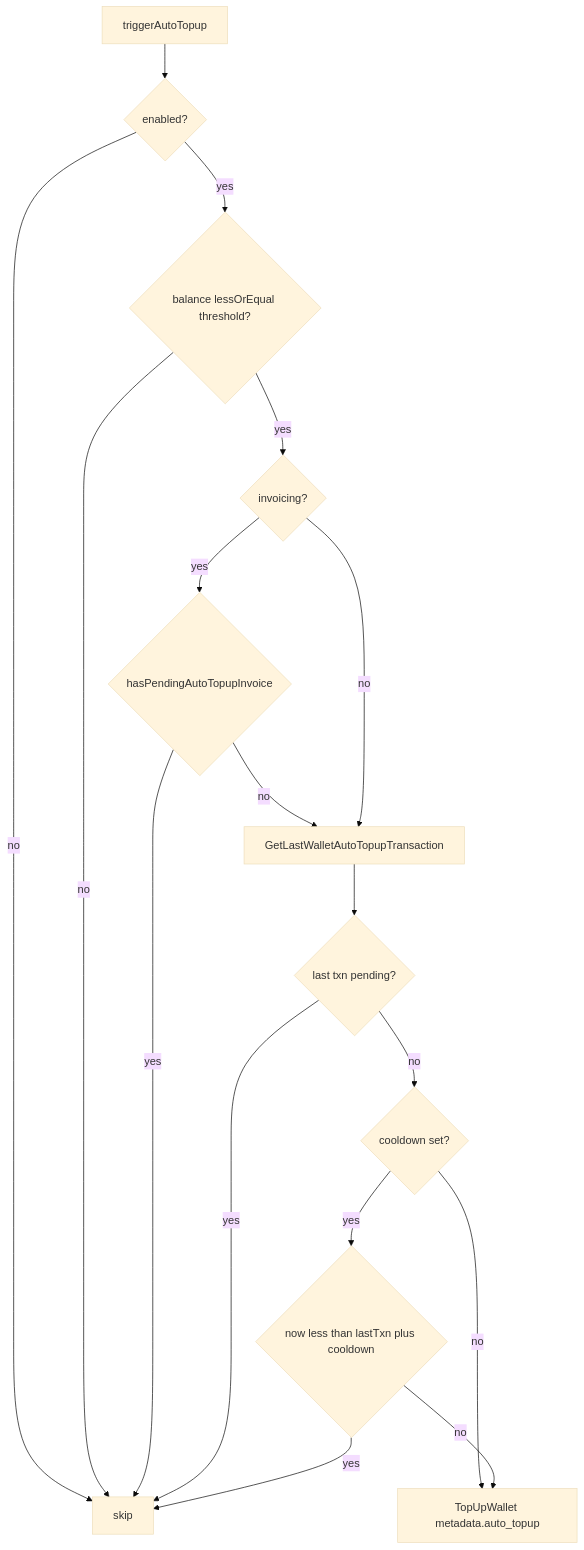
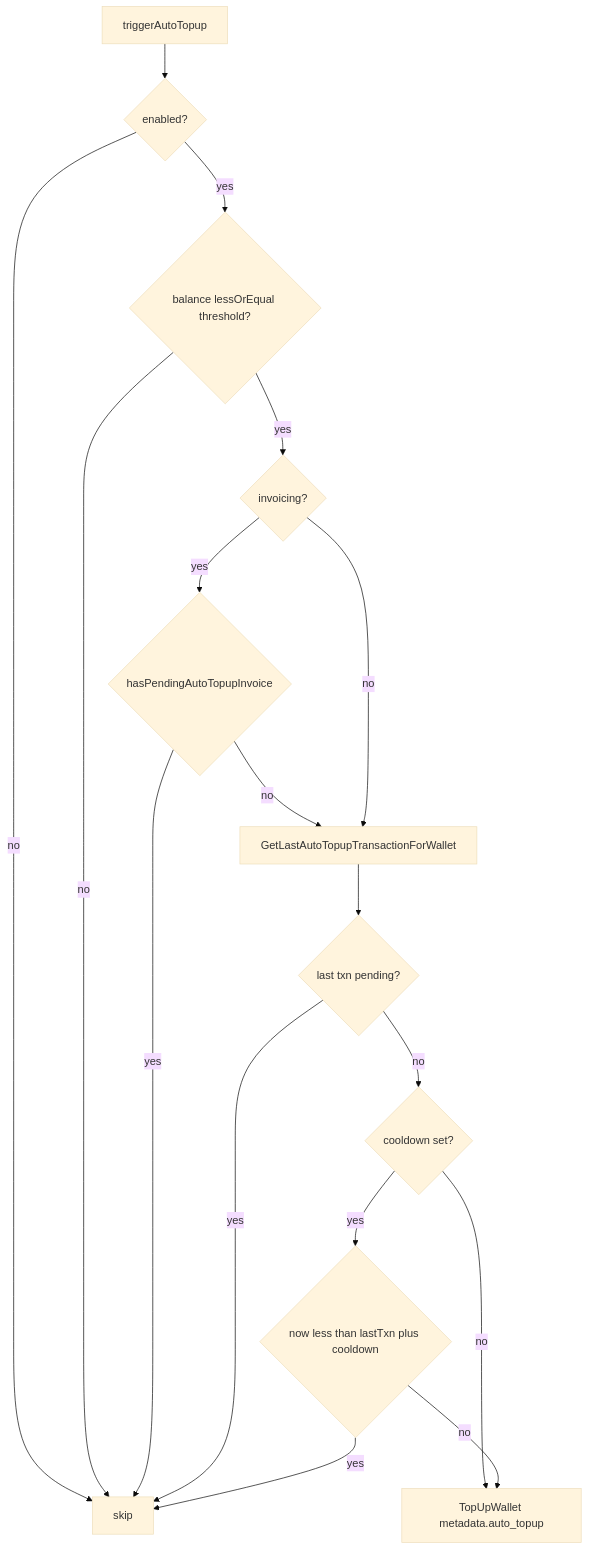
Before and after one commit to flexprice/flexprice: the third of 3 diagrams in docs/design/2026-07-22-wallet-auto-topup-cooloff.md, drawn with Mermaid (base theme). The commit also changed other lines of this file and 6 other files, not shown here.

````diff
--- a/docs/design/2026-07-22-wallet-auto-topup-cooloff.md
+++ b/docs/design/2026-07-22-wallet-auto-topup-cooloff.md
@@ -159,19 +159,19 @@
 ```mermaid
 flowchart TD
   start[triggerAutoTopup] --> en{enabled?}
   en -->|no| out[skip]
   en -->|yes| th{balance lessOrEqual threshold?}
   th -->|no| out
   th -->|yes| inv{invoicing?}
   inv -->|yes| invPend{hasPendingAutoTopupInvoice}
   invPend -->|yes| out
   invPend -->|no| lastTxn
-  inv -->|no| lastTxn[GetLastWalletAutoTopupTransaction]
+  inv -->|no| lastTxn[GetLastAutoTopupTransactionForWallet]
   lastTxn --> pending{last txn pending?}
   pending -->|yes| out
   pending -->|no| cd{cooldown set?}
   cd -->|no| topup[TopUpWallet metadata.auto_topup]
   cd -->|yes| within{now less than lastTxn plus cooldown}
   within -->|yes| out
   within -->|no| topup
 ```
````
